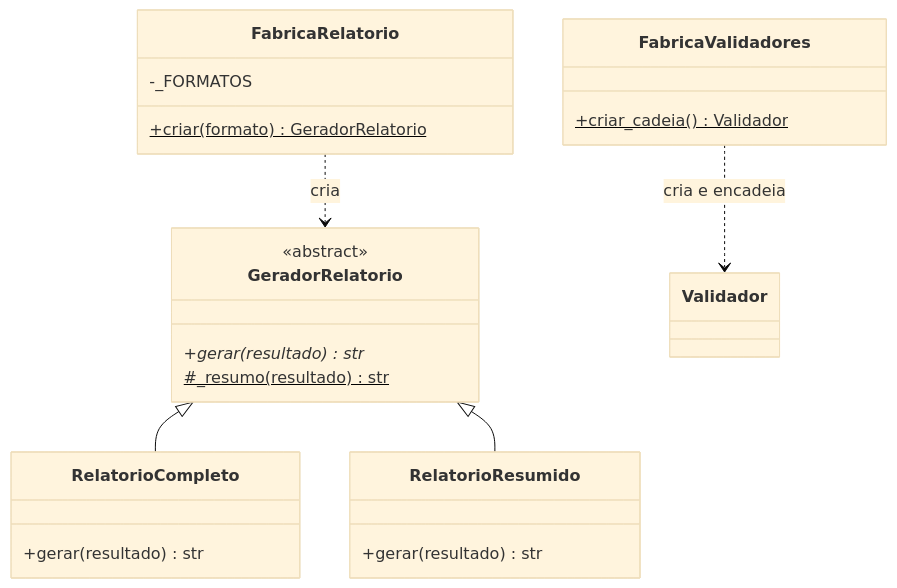
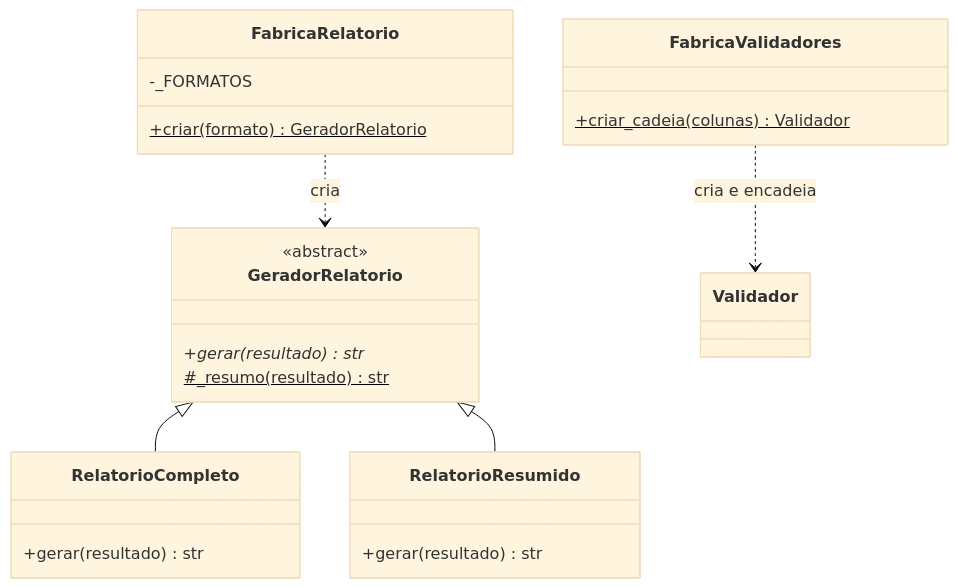
Before and after one commit to UTFPR-Guilherme/Projeto-Final-ES: the third of 3 diagrams in ValidaCad/docs/arquitetura.md, drawn with Mermaid (base theme). The commit also changed other lines of this file and 8 other files, not shown here.

````diff
--- a/ValidaCad/docs/arquitetura.md
+++ b/ValidaCad/docs/arquitetura.md
@@ -104,25 +109,25 @@
 ```mermaid
 classDiagram
     class GeradorRelatorio {
         <<abstract>>
         +gerar(resultado)* str
         #_resumo(resultado)$ str
     }
     class RelatorioCompleto {
         +gerar(resultado) str
     }
     class RelatorioResumido {
         +gerar(resultado) str
     }
     class FabricaRelatorio {
         -_FORMATOS
         +criar(formato)$ GeradorRelatorio
     }
     class FabricaValidadores {
-        +criar_cadeia()$ Validador
+        +criar_cadeia(colunas)$ Validador
     }
     GeradorRelatorio <|-- RelatorioCompleto
     GeradorRelatorio <|-- RelatorioResumido
     FabricaRelatorio ..> GeradorRelatorio : cria
     FabricaValidadores ..> Validador : cria e encadeia
 ```
````
